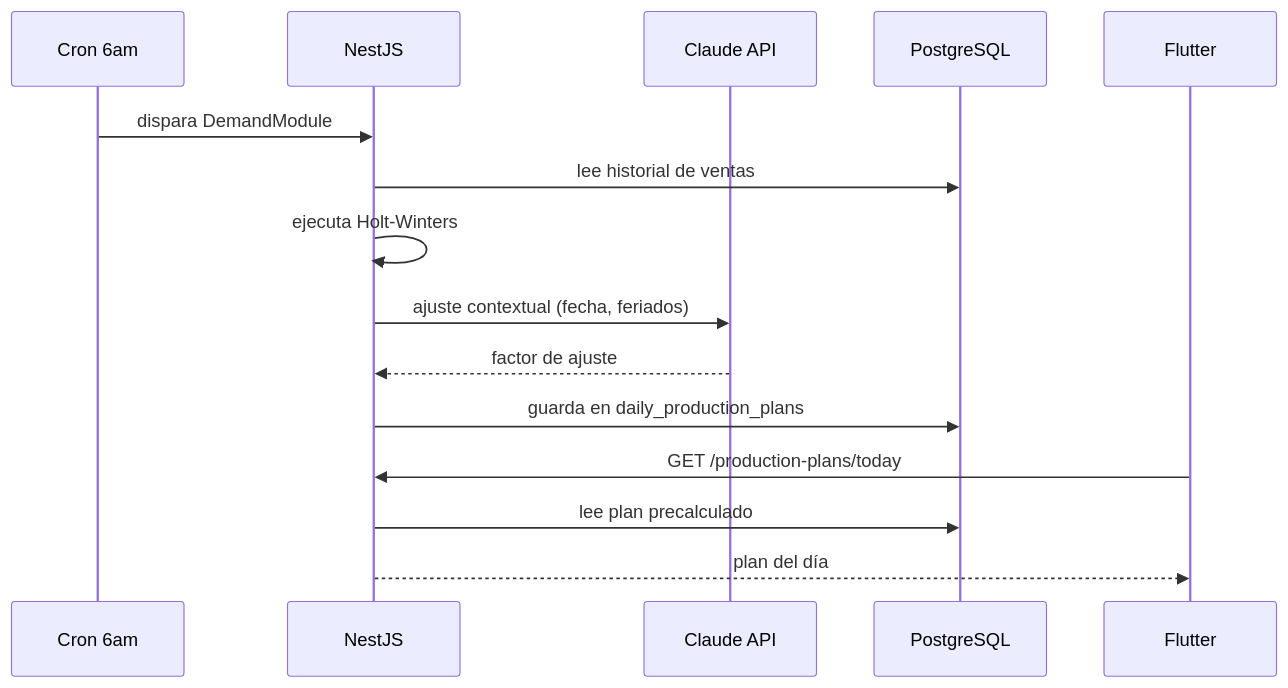
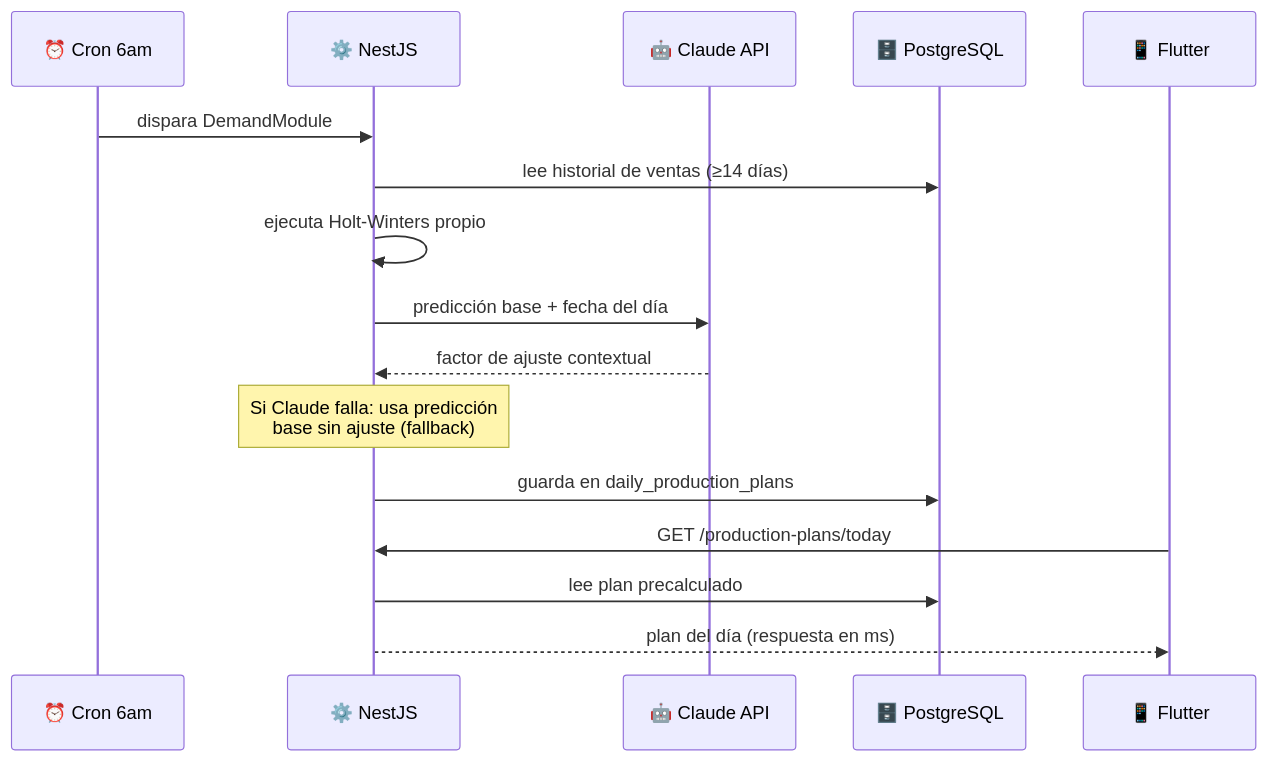
The fourth of 5 diagrams in docs/architecture.md (JosepRivera/smartbite-api), drawn with Mermaid before and after one commit. The commit also changed other lines of this file and 17 other files, not shown here.

````diff
--- a/docs/architecture.md
+++ b/docs/architecture.md
@@ -169,18 +192,19 @@
 ```mermaid
 sequenceDiagram
-  participant CR as Cron 6am
-  participant N as NestJS
-  participant CA as Claude API
-  participant DB as PostgreSQL
-  participant F as Flutter
+  participant CR as ⏰ Cron 6am
+  participant N as ⚙️ NestJS
+  participant CA as 🤖 Claude API
+  participant DB as 🗄️ PostgreSQL
+  participant F as 📱 Flutter
 
   CR->>N: dispara DemandModule
-  N->>DB: lee historial de ventas
-  N->>N: ejecuta Holt-Winters
-  N->>CA: ajuste contextual (fecha, feriados)
-  CA-->>N: factor de ajuste
+  N->>DB: lee historial de ventas (≥14 días)
+  N->>N: ejecuta Holt-Winters propio
+  N->>CA: predicción base + fecha del día
+  CA-->>N: factor de ajuste contextual
+  Note over N: Si Claude falla: usa predicción<br/>base sin ajuste (fallback)
   N->>DB: guarda en daily_production_plans
   F->>N: GET /production-plans/today
   N->>DB: lee plan precalculado
-  N-->>F: plan del día
+  N-->>F: plan del día (respuesta en ms)
 ```
````
